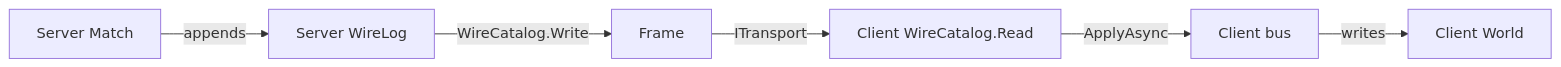
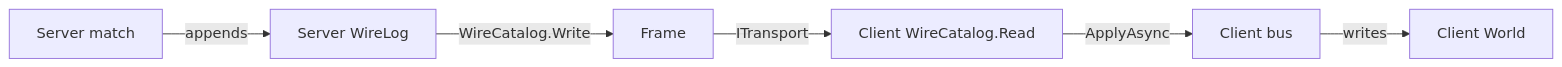
One commit to MgCohen/Card-Framework changed the diagram in Base/docs/peers.md. Above: the diagram before and after it, drawn with Mermaid. The commit also changed other lines of this file and 16 other files, not shown here.

````diff
--- a/Base/docs/peers.md
+++ b/Base/docs/peers.md
@@ -7,8 +7,8 @@
 ```mermaid
 flowchart LR
-    S[Server Match] -->|appends| L[Server WireLog]
+    S[Server match] -->|appends| L[Server WireLog]
     L -->|WireCatalog.Write| F[Frame]
     F -->|ITransport| C[Client WireCatalog.Read]
     C -->|ApplyAsync| B[Client bus]
     B -->|writes| W[Client World]
 ```
````
